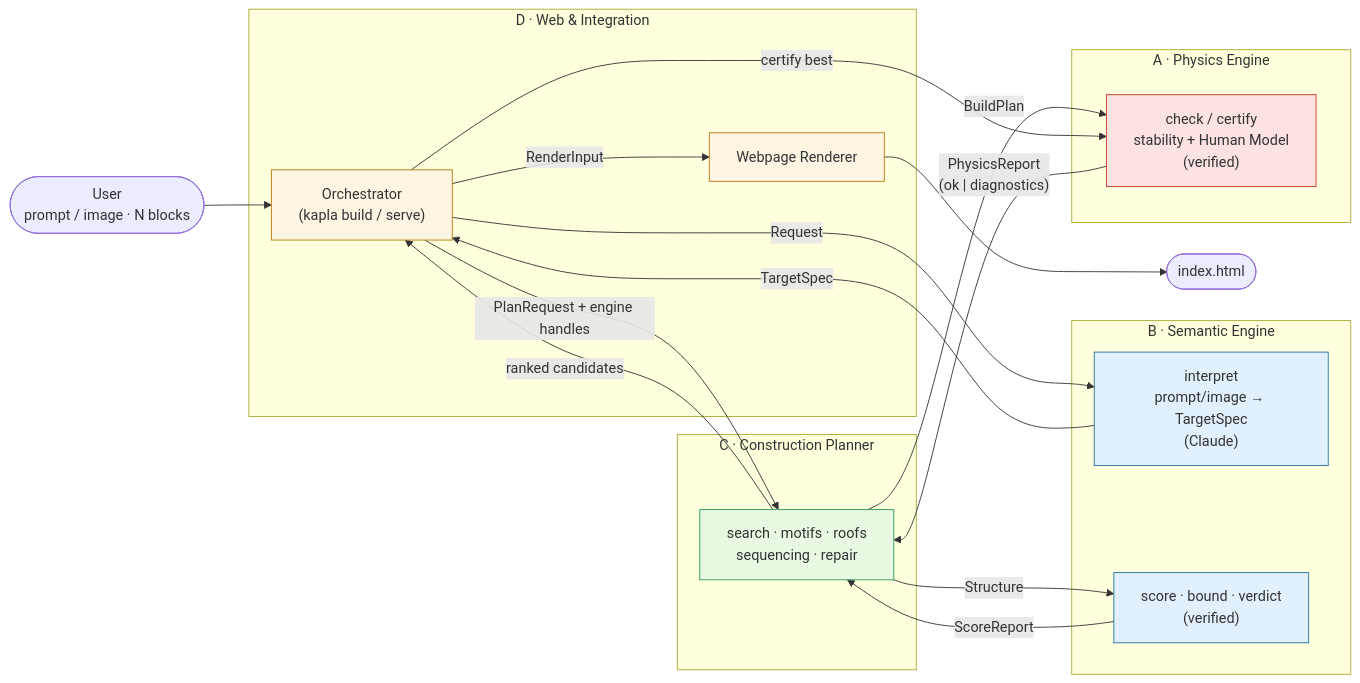
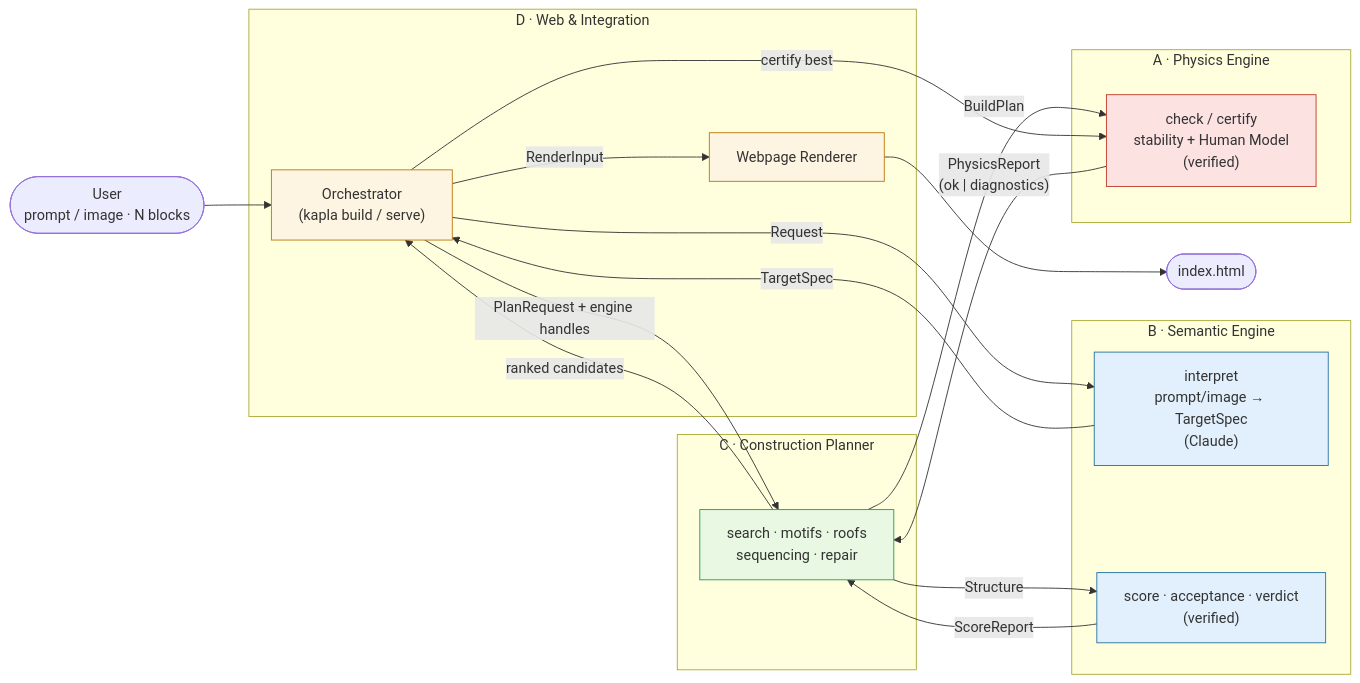
The first of 7 diagrams in docs/WORKSPLIT.md (johspaeth/KaplaBuilder), drawn with Mermaid before and after one commit. The commit also changed other lines of this file and 3 other files, not shown here.

First line of the commit message:
Docs: remove the upper bound; score takes a Frame

````diff
--- a/docs/WORKSPLIT.md
+++ b/docs/WORKSPLIT.md
@@ -20,41 +20,41 @@
 ```mermaid
 flowchart LR
   user(["User<br/>prompt / image · N blocks"])
 
   subgraph D["D · Web & Integration"]
     orch["Orchestrator<br/>(kapla build / serve)"]
     web["Webpage Renderer"]
   end
 
   subgraph B["B · Semantic Engine"]
     interp["interpret<br/>prompt/image → TargetSpec<br/>(Claude)"]
-    score["score · bound · verdict<br/>(verified)"]
+    score["score · acceptance · verdict<br/>(verified)"]
   end
 
   subgraph C["C · Construction Planner"]
     plan["search · motifs · roofs<br/>sequencing · repair"]
   end
 
   subgraph A["A · Physics Engine"]
     check["check / certify<br/>stability + Human Model<br/>(verified)"]
   end
 
   user --> orch
   orch -- "Request" --> interp
   interp -- "TargetSpec" --> orch
   orch -- "PlanRequest + engine handles" --> plan
   plan -- "BuildPlan" --> check
   check -- "PhysicsReport<br/>(ok | diagnostics)" --> plan
   plan -- "Structure" --> score
   score -- "ScoreReport" --> plan
   plan -- "ranked candidates" --> orch
   orch -- "certify best" --> check
   orch -- "RenderInput" --> web
   web --> out(["index.html"])
 
   classDef a fill:#fde2e2,stroke:#c0392b;
   classDef b fill:#e2f0fd,stroke:#2471a3;
   classDef c fill:#e8f8e2,stroke:#239b56;
   classDef d fill:#fdf5e2,stroke:#b9770e;
   class check a; class interp,score b; class plan c; class orch,web d;
 ```
````
